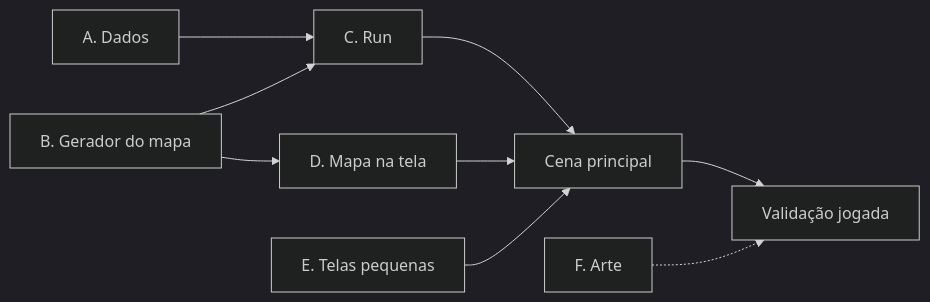
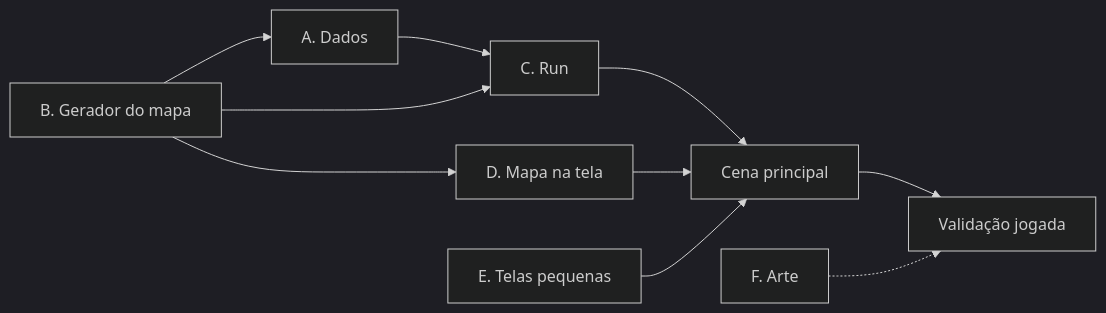
Before and after one commit to SteveNasch/JogoED: the second of 2 diagrams in specs/002-run-e-mapa/plan.md, drawn with Mermaid (dark theme).

Commit message:
docs: diagrama das frentes do plano mostra que a frente A espera a B (analyze, I3)

````diff
--- a/specs/002-run-e-mapa/plan.md
+++ b/specs/002-run-e-mapa/plan.md
@@ -245,11 +245,12 @@
 ```mermaid
 flowchart LR
-    A[A. Dados] --> C[C. Run]
-    B[B. Gerador do mapa] --> C
+    B[B. Gerador do mapa] --> A[A. Dados]
+    A --> C[C. Run]
+    B --> C
     B --> D[D. Mapa na tela]
     C --> P[Cena principal]
     D --> P
     E[E. Telas pequenas] --> P
     P --> V[Validação jogada]
     F[F. Arte] -.-> V
 ```
````
